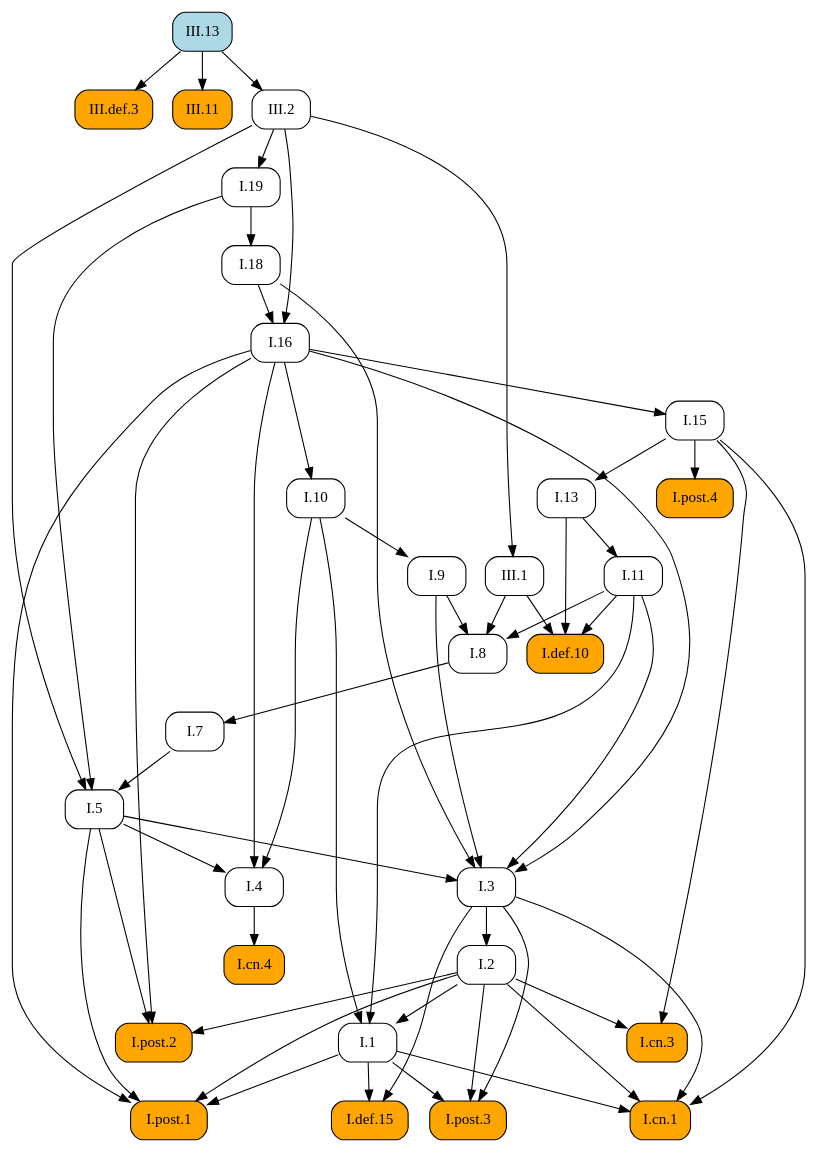
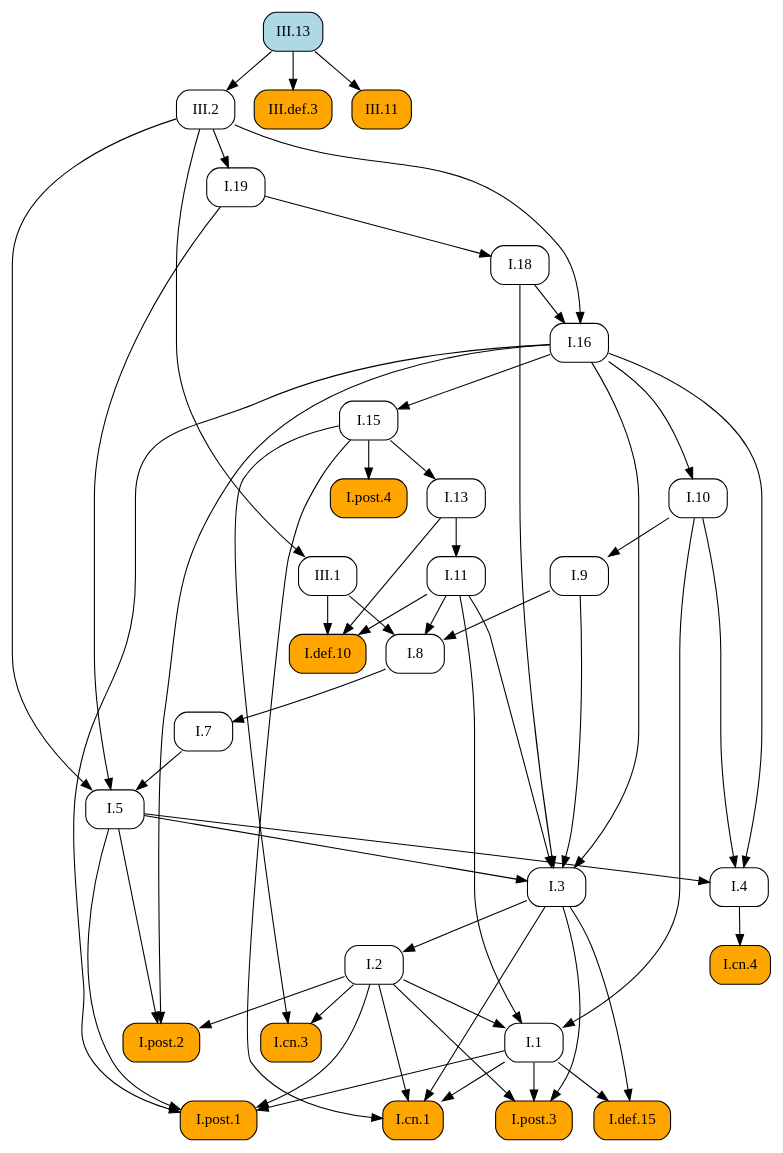
One commit to geometor/elements changed the diagram in docsrc/elements2/III/13/index.rst. Above: the diagram before and after it, drawn with Graphviz. The commit also changed other lines of this file and 409 other files, not shown here.

First line of the commit message:
feat: Add image cropping and graphic extraction script

```diff
--- a/docsrc/elements2/III/13/index.rst
+++ b/docsrc/elements2/III/13/index.rst
@@ -86,88 +86,88 @@
    digraph {
      rankdir="TB";
      node [shape=box, style=rounded];
+     "I.def.15" [style="rounded,filled", fillcolor=orange, URL="/elements2/I/def.15/", target="_top"];
+     "I.19" [URL="/elements2/I/19/", target="_top"];
+     "I.18" [URL="/elements2/I/18/", target="_top"];
+     "I.def.10" [style="rounded,filled", fillcolor=orange, URL="/elements2/I/def.10/", target="_top"];
+     "I.11" [URL="/elements2/I/11/", target="_top"];
      "I.8" [URL="/elements2/I/8/", target="_top"];
-     "I.19" [URL="/elements2/I/19/", target="_top"];
-     "I.1" [URL="/elements2/I/1/", target="_top"];
-     "I.cn.3" [style="rounded,filled", fillcolor=orange, URL="/elements2/I/cn.3/", target="_top"];
-     "I.cn.4" [style="rounded,filled", fillcolor=orange, URL="/elements2/I/cn.4/", target="_top"];
-     "III.13" [style="rounded,filled", fillcolor=lightblue, URL="/elements2/III/13/", target="_top"];
-     "I.7" [URL="/elements2/I/7/", target="_top"];
-     "I.post.1" [style="rounded,filled", fillcolor=orange, URL="/elements2/I/post.1/", target="_top"];
-     "I.9" [URL="/elements2/I/9/", target="_top"];
      "I.5" [URL="/elements2/I/5/", target="_top"];
-     "I.cn.1" [style="rounded,filled", fillcolor=orange, URL="/elements2/I/cn.1/", target="_top"];
-     "III.def.3" [style="rounded,filled", fillcolor=orange, URL="/elements2/III/def.3/", target="_top"];
-     "I.def.10" [style="rounded,filled", fillcolor=orange, URL="/elements2/I/def.10/", target="_top"];
-     "I.16" [URL="/elements2/I/16/", target="_top"];
-     "I.18" [URL="/elements2/I/18/", target="_top"];
-     "I.13" [URL="/elements2/I/13/", target="_top"];
-     "I.post.4" [style="rounded,filled", fillcolor=orange, URL="/elements2/I/post.4/", target="_top"];
-     "I.2" [URL="/elements2/I/2/", target="_top"];
-     "III.11" [style="rounded,filled", fillcolor=orange, URL="/elements2/III/11/", target="_top"];
-     "I.def.15" [style="rounded,filled", fillcolor=orange, URL="/elements2/I/def.15/", target="_top"];
-     "I.4" [URL="/elements2/I/4/", target="_top"];
-     "III.1" [URL="/elements2/III/1/", target="_top"];
-     "I.11" [URL="/elements2/I/11/", target="_top"];
-     "I.10" [URL="/elements2/I/10/", target="_top"];
      "I.15" [URL="/elements2/I/15/", target="_top"];
      "I.3" [URL="/elements2/I/3/", target="_top"];
+     "III.13" [style="rounded,filled", fillcolor=lightblue, URL="/elements2/III/13/", target="_top"];
+     "I.10" [URL="/elements2/I/10/", target="_top"];
+     "I.cn.3" [style="rounded,filled", fillcolor=orange, URL="/elements2/I/cn.3/", target="_top"];
+     "I.cn.1" [style="rounded,filled", fillcolor=orange, URL="/elements2/I/cn.1/", target="_top"];
+     "I.13" [URL="/elements2/I/13/", target="_top"];
+     "III.2" [URL="/elements2/III/2/", target="_top"];
+     "III.def.3" [style="rounded,filled", fillcolor=orange, URL="/elements2/III/def.3/", target="_top"];
+     "I.4" [URL="/elements2/I/4/", target="_top"];
+     "I.post.3" [style="rounded,filled", fillcolor=orange, URL="/elements2/I/post.3/", target="_top"];
+     "I.7" [URL="/elements2/I/7/", target="_top"];
+     "I.9" [URL="/elements2/I/9/", target="_top"];
+     "I.16" [URL="/elements2/I/16/", target="_top"];
+     "I.post.1" [style="rounded,filled", fillcolor=orange, URL="/elements2/I/post.1/", target="_top"];
+     "I.2" [URL="/elements2/I/2/", target="_top"];
+     "I.1" [URL="/elements2/I/1/", target="_top"];
+     "I.post.4" [style="rounded,filled", fillcolor=orange, URL="/elements2/I/post.4/", target="_top"];
+     "I.cn.4" [style="rounded,filled", fillcolor=orange, URL="/elements2/I/cn.4/", target="_top"];
+     "III.1" [URL="/elements2/III/1/", target="_top"];
      "I.post.2" [style="rounded,filled", fillcolor=orange, URL="/elements2/I/post.2/", target="_top"];
-     "III.2" [URL="/elements2/III/2/", target="_top"];
-     "I.post.3" [style="rounded,filled", fillcolor=orange, URL="/elements2/I/post.3/", target="_top"];
+     "III.11" [style="rounded,filled", fillcolor=orange, URL="/elements2/III/11/", target="_top"];
+     "I.1" -> "I.def.15";
+     "I.3" -> "I.def.15";
+     "III.2" -> "I.19";
+     "I.19" -> "I.18";
+     "I.11" -> "I.def.10";
+     "I.13" -> "I.def.10";
+     "III.1" -> "I.def.10";
+     "I.13" -> "I.11";
      "I.9" -> "I.8";
      "I.11" -> "I.8";
      "III.1" -> "I.8";
-     "III.2" -> "I.19";
-     "I.2" -> "I.1";
-     "I.10" -> "I.1";
-     "I.11" -> "I.1";
-     "I.2" -> "I.cn.3";
-     "I.15" -> "I.cn.3";
-     "I.4" -> "I.cn.4";
-     "I.8" -> "I.7";
-     "I.1" -> "I.post.1";
-     "I.2" -> "I.post.1";
-     "I.5" -> "I.post.1";
-     "I.16" -> "I.post.1";
-     "I.10" -> "I.9";
      "I.7" -> "I.5";
      "I.19" -> "I.5";
      "III.2" -> "I.5";
-     "I.1" -> "I.cn.1";
-     "I.2" -> "I.cn.1";
-     "I.3" -> "I.cn.1";
-     "I.15" -> "I.cn.1";
-     "III.13" -> "III.def.3";
-     "I.11" -> "I.def.10";
-     "I.13" -> "I.def.10";
-     "III.1" -> "I.def.10";
-     "I.18" -> "I.16";
-     "III.2" -> "I.16";
-     "I.19" -> "I.18";
-     "I.15" -> "I.13";
-     "I.15" -> "I.post.4";
-     "I.3" -> "I.2";
-     "III.13" -> "III.11";
-     "I.1" -> "I.def.15";
-     "I.3" -> "I.def.15";
-     "I.5" -> "I.4";
-     "I.10" -> "I.4";
-     "I.16" -> "I.4";
-     "III.2" -> "III.1";
-     "I.13" -> "I.11";
-     "I.16" -> "I.10";
      "I.16" -> "I.15";
      "I.5" -> "I.3";
      "I.9" -> "I.3";
      "I.11" -> "I.3";
      "I.16" -> "I.3";
      "I.18" -> "I.3";
+     "I.16" -> "I.10";
+     "I.2" -> "I.cn.3";
+     "I.15" -> "I.cn.3";
+     "I.1" -> "I.cn.1";
+     "I.2" -> "I.cn.1";
+     "I.3" -> "I.cn.1";
+     "I.15" -> "I.cn.1";
+     "I.15" -> "I.13";
+     "III.13" -> "III.2";
+     "III.13" -> "III.def.3";
+     "I.5" -> "I.4";
+     "I.10" -> "I.4";
+     "I.16" -> "I.4";
+     "I.1" -> "I.post.3";
+     "I.2" -> "I.post.3";
+     "I.3" -> "I.post.3";
+     "I.8" -> "I.7";
+     "I.10" -> "I.9";
+     "I.18" -> "I.16";
+     "III.2" -> "I.16";
+     "I.1" -> "I.post.1";
+     "I.2" -> "I.post.1";
+     "I.5" -> "I.post.1";
+     "I.16" -> "I.post.1";
+     "I.3" -> "I.2";
+     "I.2" -> "I.1";
+     "I.10" -> "I.1";
+     "I.11" -> "I.1";
+     "I.15" -> "I.post.4";
+     "I.4" -> "I.cn.4";
+     "III.2" -> "III.1";
      "I.2" -> "I.post.2";
      "I.5" -> "I.post.2";
      "I.16" -> "I.post.2";
-     "III.13" -> "III.2";
-     "I.1" -> "I.post.3";
-     "I.2" -> "I.post.3";
-     "I.3" -> "I.post.3";
+     "III.13" -> "III.11";
    }
```
